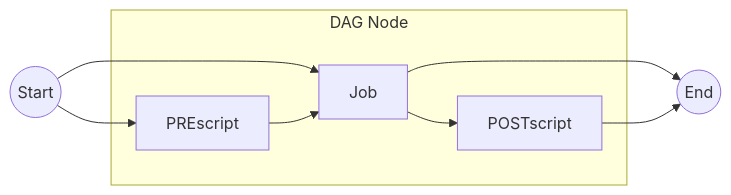
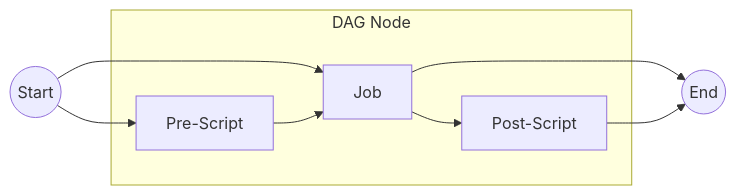
Before and after one commit to htcondor/htcondor: the first of 3 diagrams in docs/automated-workflows/dagman-introduction.rst, drawn with Mermaid. The commit also changed other lines of this file and 6 other files, not shown here.

```diff
--- a/docs/automated-workflows/dagman-introduction.rst
+++ b/docs/automated-workflows/dagman-introduction.rst
@@ -32,12 +32,12 @@
 .. mermaid::
    :align: center
 
    flowchart LR
     Start((Start)) --> Job
-    Start --> PREscript
+    Start --> PRE[Pre-Script]
     subgraph DAG Node
-    PREscript --> Job
-    Job --> POSTscript
+    PRE --> Job
+    Job --> POST[Post-Script]
     end
     Job --> End((End))
-    POSTscript --> End((End))
+    POST --> End((End))
```
